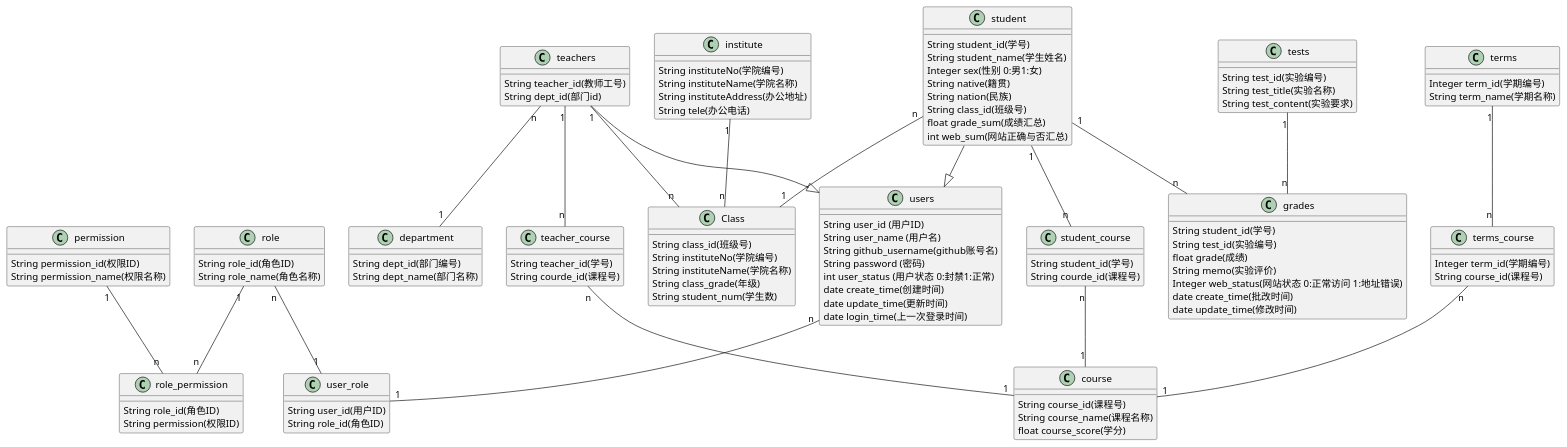
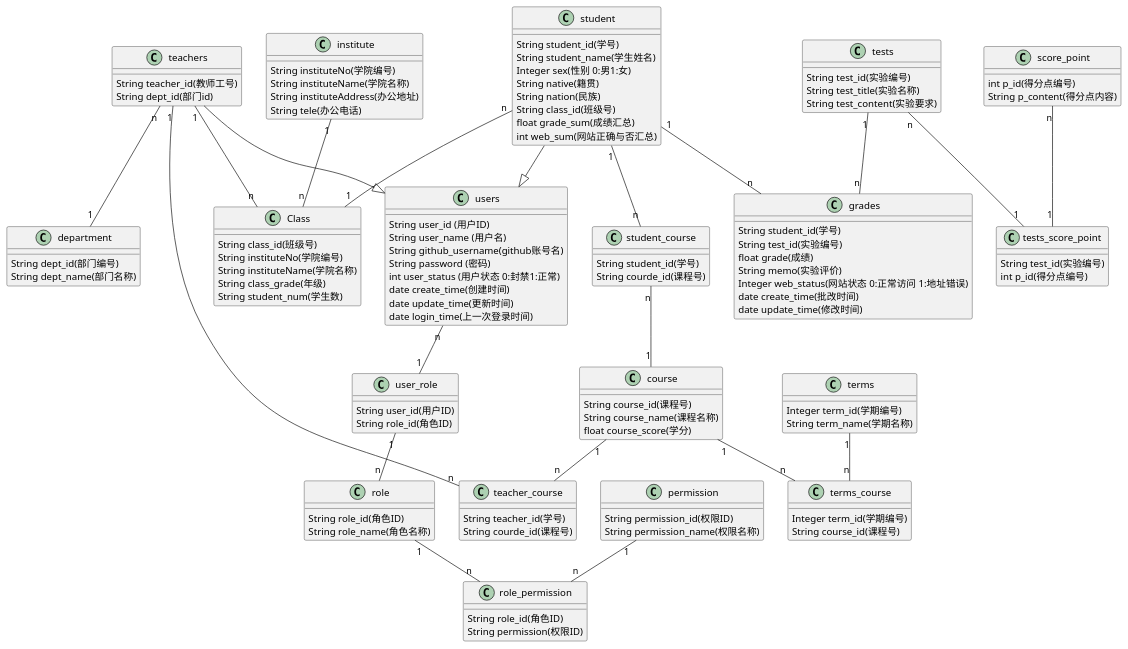
The diagram in test6/类图.puml (201610414130/is_analysis-2), drawn with PlantUML before and after one commit. The commit also changed 73 other files, not shown here.

```diff
--- a/test6/类图.puml
+++ b/test6/类图.puml
@@ -1,128 +1,140 @@
 @startuml
 class users{
   String user_id (用户ID)
   String user_name (用户名)
   String github_username(github账号名)
   String password (密码)
   int user_status (用户状态 0:封禁1:正常)
   date create_time(创建时间)
   date update_time(更新时间)
   date login_time(上一次登录时间)
 }
 
 class student{
   String student_id(学号)
   String student_name(学生姓名)
   Integer sex(性别 0:男1:女)
   String native(籍贯)
   String nation(民族)
   String class_id(班级号)
   float grade_sum(成绩汇总)
   int web_sum(网站正确与否汇总)
 }
 
 class teachers{
   String teacher_id(教师工号)
   String dept_id(部门id)
 }
 
 class department{
   String dept_id(部门编号)
   String dept_name(部门名称)
 }
 class teacher_course{
   String teacher_id(学号)
   String courde_id(课程号)
 }
 
 class course{
   String course_id(课程号)
   String course_name(课程名称)
   float course_score(学分)
 }
 
 class student_course{
   String student_id(学号)
   String courde_id(课程号)
 }
 
 class Class{
   String class_id(班级号)
   String instituteNo(学院编号)
   String instituteName(学院名称)
   String class_grade(年级)
   String student_num(学生数)
 }
 
 class tests{
   String test_id(实验编号)
   String test_title(实验名称)
   String test_content(实验要求)
 }
 
 class role{
   String role_id(角色ID)
   String role_name(角色名称)
 }
 
 class grades{
   String student_id(学号)
   String test_id(实验编号)
   float grade(成绩)
   String memo(实验评价)
   Integer web_status(网站状态 0:正常访问 1:地址错误)
   date create_time(批改时间)
   date update_time(修改时间)
 }
 class user_role{
   String user_id(用户ID)
   String role_id(角色ID)
 }
 
 class institute{
   String instituteNo(学院编号)
   String instituteName(学院名称)
   String instituteAddress(办公地址)
   String tele(办公电话)
 }
 
 class terms{
   Integer term_id(学期编号)
   String term_name(学期名称)
 }
 
 class terms_course{
   Integer term_id(学期编号)
   String course_id(课程号)
 }
 
 class permission{
   String permission_id(权限ID)
   String permission_name(权限名称)
 }
 
 class role_permission{
   String role_id(角色ID)
   String permission(权限ID)
 }
 
+class score_point{
+  int p_id(得分点编号)
+  String p_content(得分点内容)
+}
+
+class tests_score_point{
+    String test_id(实验编号)
+    int p_id(得分点编号)
+}
+
 student --|> users
 teachers --|> users
-role "n" -- "1" user_role
+role "n" -UP- "1" user_role
 users "n" -- "1" user_role
 
 teachers "1" -- "n" teacher_course
-teacher_course "n" -- "1" course
+teacher_course "n" -UP- "1" course
 student "1" -- "n" student_course
 student_course "n" -- "1" course
 student "n" -- "1" Class
 teachers "1" -- "n" Class
 student "1"--"n" grades
 tests "1"--"n" grades
 teachers "n" -- "1" department
 institute "1"--"n" Class
 terms "1"--"n"terms_course
-terms_course "n"--"1" course
+terms_course "n"-UP-"1" course
 role "1"--"n" role_permission
 permission "1"--"n" role_permission
+score_point "n"--"1" tests_score_point
+tests "n"--"1" tests_score_point 
 @enduml
```
